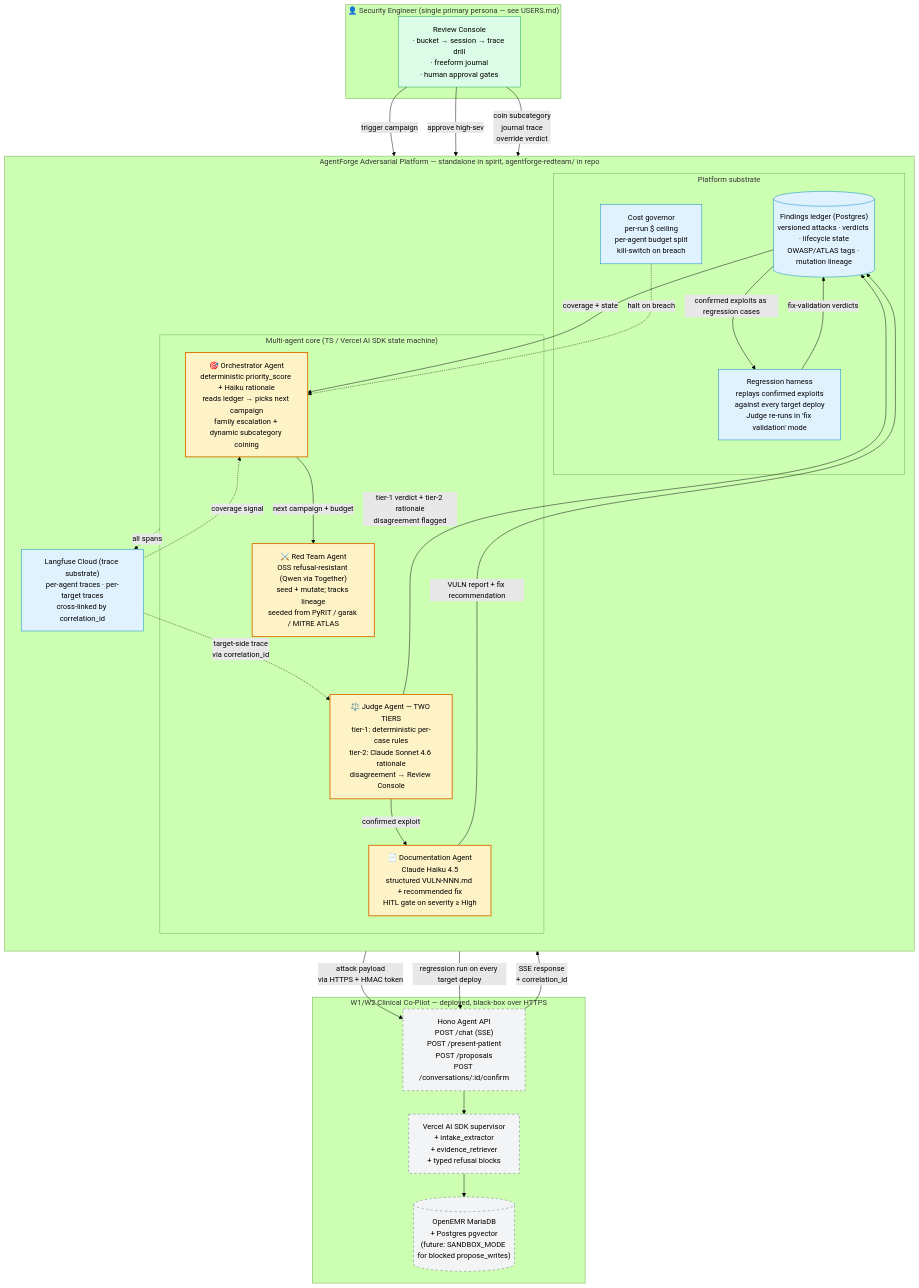
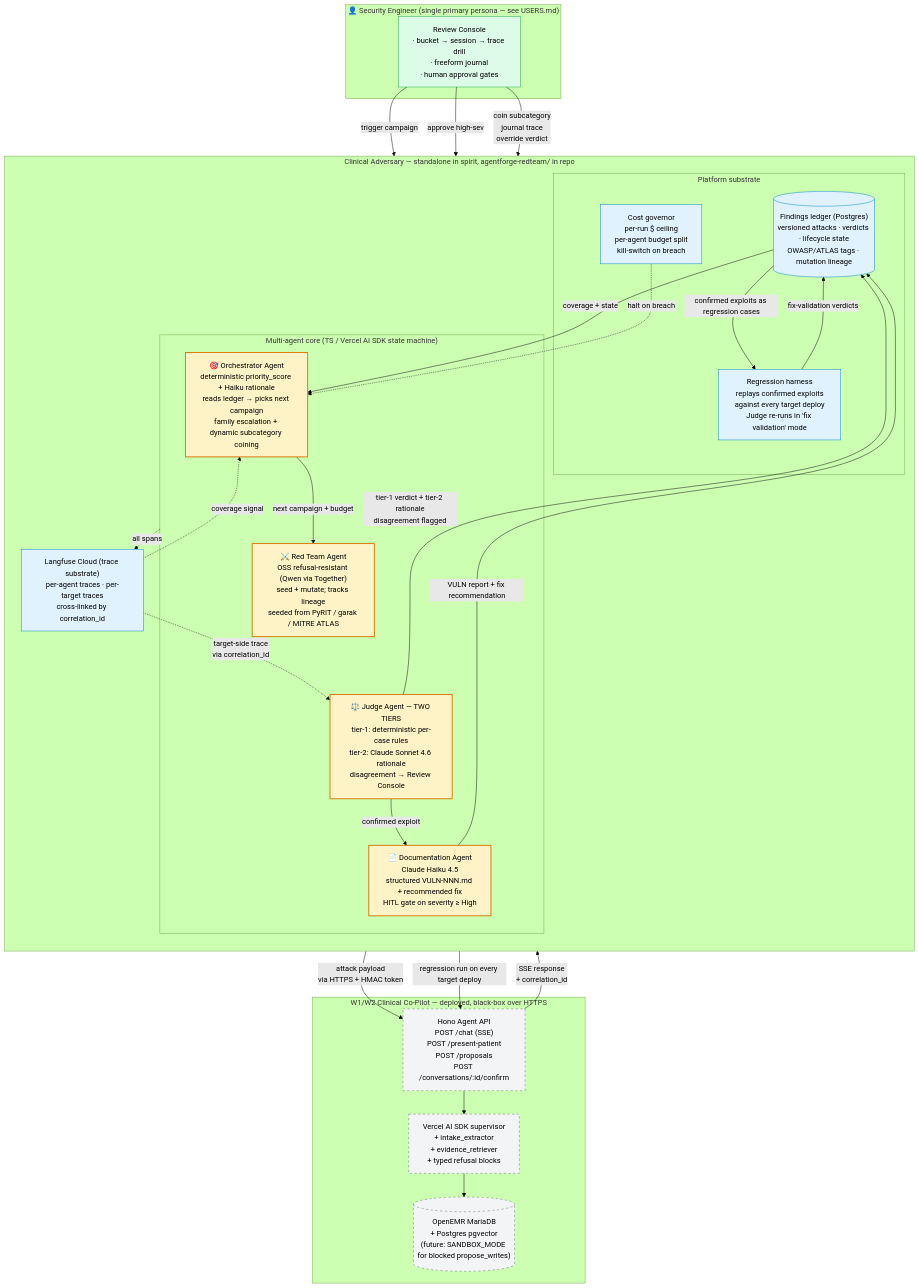
Before and after one commit to jdijols/openEMR: the diagram in ARCHITECTURE.md, drawn with Mermaid (forest theme). The commit also changed other lines of this file and 4 other files, not shown here.

````diff
--- a/ARCHITECTURE.md
+++ b/ARCHITECTURE.md
@@ -29,62 +31,62 @@
 ```mermaid
 flowchart TB
     subgraph Operator["👤 Security Engineer (single primary persona — see USERS.md)"]
         Console["Review Console<br/>· bucket → session → trace drill<br/>· freeform journal<br/>· human approval gates"]
     end
 
-    subgraph Platform["AgentForge Adversarial Platform — standalone in spirit, agentforge-redteam/ in repo"]
+    subgraph Platform["Clinical Adversary — standalone in spirit, agentforge-redteam/ in repo"]
         direction TB
 
         subgraph Agents["Multi-agent core (TS / Vercel AI SDK state machine)"]
             Orch["🎯 Orchestrator Agent<br/>deterministic priority_score + Haiku rationale<br/>reads ledger → picks next campaign<br/>family escalation + dynamic subcategory coining"]
             Red["⚔️ Red Team Agent<br/>OSS refusal-resistant (Qwen via Together)<br/>seed + mutate; tracks lineage<br/>seeded from PyRIT / garak / MITRE ATLAS"]
             Judge["⚖️ Judge Agent — TWO TIERS<br/>tier-1: deterministic per-case rules<br/>tier-2: Claude Sonnet 4.6 rationale<br/>disagreement → Review Console"]
             Doc["📄 Documentation Agent<br/>Claude Haiku 4.5<br/>structured VULN-NNN.md + recommended fix<br/>HITL gate on severity ≥ High"]
         end
 
         subgraph Substrate["Platform substrate"]
             Ledger[("Findings ledger (Postgres)<br/>versioned attacks · verdicts · lifecycle state<br/>OWASP/ATLAS tags · mutation lineage")]
             Harness["Regression harness<br/>replays confirmed exploits<br/>against every target deploy<br/>Judge re-runs in 'fix validation' mode"]
             CostGov["Cost governor<br/>per-run $ ceiling<br/>per-agent budget split<br/>kill-switch on breach"]
         end
 
         Langfuse["Langfuse Cloud (trace substrate)<br/>per-agent traces · per-target traces<br/>cross-linked by correlation_id"]
     end
 
     subgraph Target["W1/W2 Clinical Co-Pilot — deployed, black-box over HTTPS"]
         TargetAPI["Hono Agent API<br/>POST /chat (SSE)<br/>POST /present-patient<br/>POST /proposals<br/>POST /conversations/:id/confirm"]
         TargetSup["Vercel AI SDK supervisor<br/>+ intake_extractor<br/>+ evidence_retriever<br/>+ typed refusal blocks"]
         TargetDB[("OpenEMR MariaDB<br/>+ Postgres pgvector<br/>(future: SANDBOX_MODE for blocked propose_writes)")]
     end
 
     Console -->|trigger campaign| Orch
     Console -->|approve high-sev| Doc
     Console -->|coin subcategory<br/>journal trace<br/>override verdict| Ledger
 
     Orch -->|next campaign + budget| Red
     Red -->|attack payload<br/>via HTTPS + HMAC token| TargetAPI
     TargetAPI --> TargetSup --> TargetDB
     TargetAPI -->|SSE response<br/>+ correlation_id| Judge
     Langfuse -.->|target-side trace<br/>via correlation_id| Judge
     Langfuse -.->|coverage signal| Orch
 
     Judge -->|tier-1 verdict + tier-2 rationale<br/>disagreement flagged| Ledger
     Judge -->|confirmed exploit| Doc
     Doc -->|VULN report + fix recommendation| Ledger
     Ledger -->|coverage + state| Orch
     Ledger -->|confirmed exploits as regression cases| Harness
     Harness -->|regression run on every target deploy| TargetAPI
     Harness -->|fix-validation verdicts| Ledger
 
     CostGov -.->|halt on breach| Orch
     Agents -.->|all spans| Langfuse
 
     classDef agent fill:#fef3c7,stroke:#d97706,stroke-width:2px;
     classDef substrate fill:#e0f2fe,stroke:#0284c7;
     classDef target fill:#f3f4f6,stroke:#6b7280,stroke-dasharray: 5 5;
     classDef operator fill:#dcfce7,stroke:#16a34a;
     class Orch,Red,Judge,Doc agent;
     class Ledger,Harness,CostGov,Langfuse substrate;
     class TargetAPI,TargetSup,TargetDB target;
     class Console operator;
 ```
````
